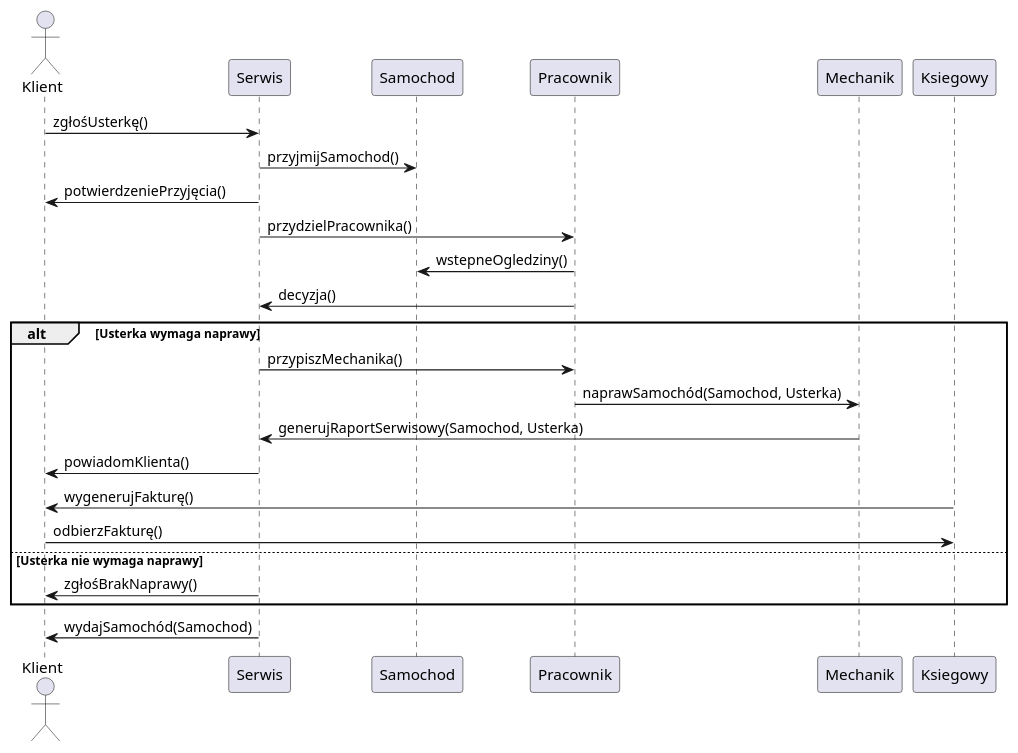
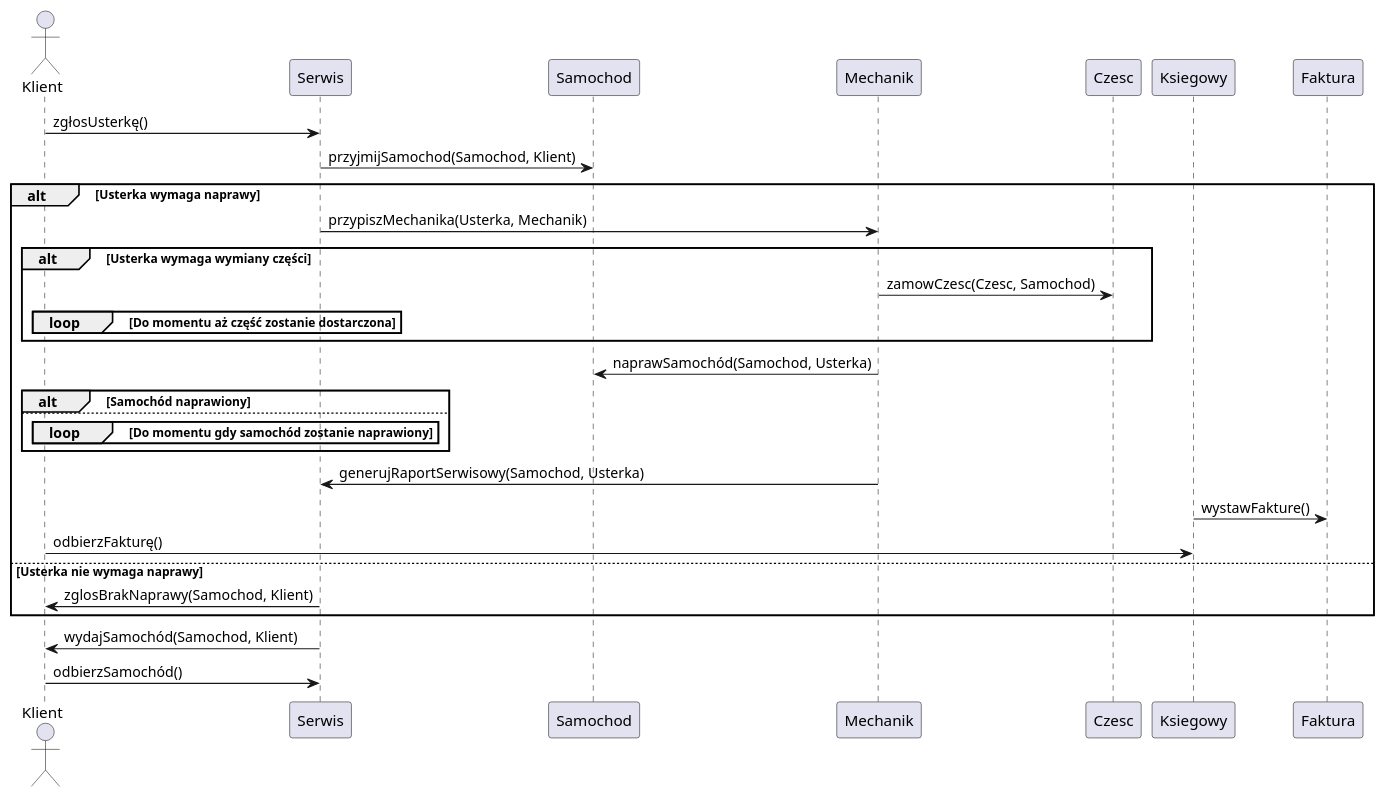
Before and after one commit to theWebCookie/uml: the diagram in serwis_sam_sequential.plantuml, drawn with PlantUML. The commit also changed 3 other files, not shown here.

```diff
--- a/serwis_sam_sequential.plantuml
+++ b/serwis_sam_sequential.plantuml
@@ -1,22 +1,27 @@
 @startuml "serwis_samochodowy_diagram_sekwencji"
 
 actor Klient
-
-Klient -> Serwis: zgłośUsterkę()
-Serwis -> Samochod: przyjmijSamochod()
-Serwis -> Klient: potwierdzeniePrzyjęcia()
-Serwis -> Pracownik: przydzielPracownika()
-Pracownik -> Samochod: wstepneOgledziny()
-Pracownik -> Serwis: decyzja()
+Klient -> Serwis: zgłosUsterkę()
+Serwis -> Samochod: przyjmijSamochod(Samochod, Klient)
 alt Usterka wymaga naprawy
-    Serwis -> Pracownik: przypiszMechanika()
-    Pracownik -> Mechanik: naprawSamochód(Samochod, Usterka)
+    Serwis -> Mechanik: przypiszMechanika(Usterka, Mechanik)
+    alt Usterka wymaga wymiany części
+        Mechanik -> Czesc: zamowCzesc(Czesc, Samochod)
+        loop Do momentu aż część zostanie dostarczona
+        end
+    end
+    Mechanik -> Samochod: naprawSamochód(Samochod, Usterka)
+    alt Samochód naprawiony
+    else
+        loop Do momentu gdy samochód zostanie naprawiony
+        end
+    end
     Mechanik -> Serwis: generujRaportSerwisowy(Samochod, Usterka)
-    Serwis -> Klient: powiadomKlienta()
-    Ksiegowy -> Klient: wygenerujFakturę()
+    Ksiegowy -> Faktura: wystawFakture()
     Klient -> Ksiegowy: odbierzFakturę()
 else Usterka nie wymaga naprawy
-    Serwis -> Klient: zgłośBrakNaprawy()
+    Serwis -> Klient: zglosBrakNaprawy(Samochod, Klient)
 end
-Serwis -> Klient: wydajSamochód(Samochod)
+Serwis -> Klient: wydajSamochód(Samochod, Klient)
+Klient -> Serwis: odbierzSamochód()
 @enduml
```
